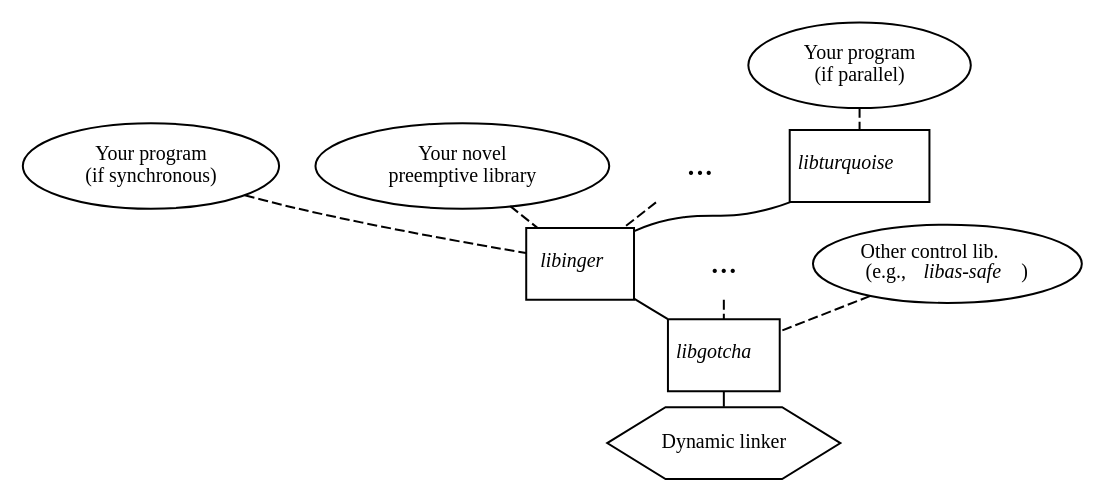
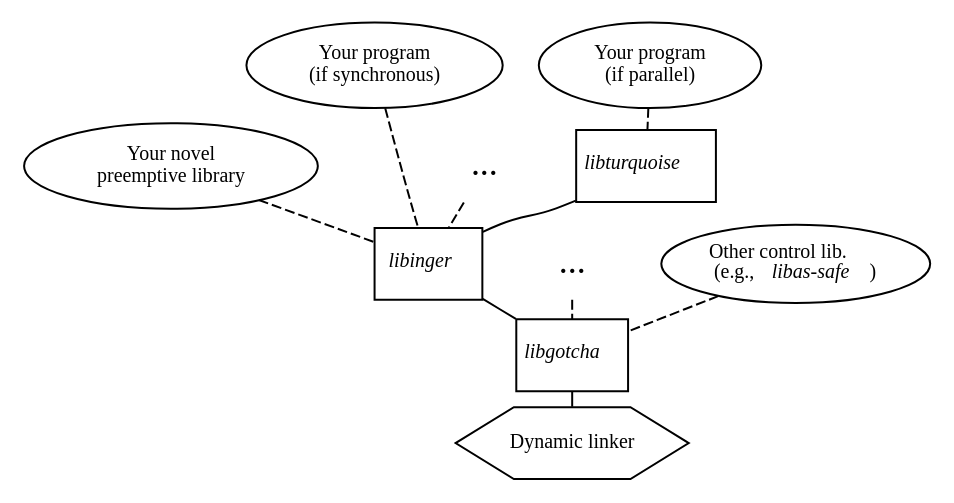
Before and after one commit to solb/thesis: the diagram in figs/architecture.dot, drawn with Graphviz.

Commit message:
figs/architecture.dot: Promote synchronous client to the highest rank

```diff
--- a/figs/architecture.dot
+++ b/figs/architecture.dot
@@ -1,52 +1,58 @@
 strict graph {
 	margin=0;
 	ranksep=0;
 
 	node [fontsize=10,margin=0.05];
 
 	{
 		node [shape=hexagon];
 
 		rtld [label="Dynamic linker"];
 	}
 
 	{
 		node [shape=box];
 
 		libgotcha [label=<<i>libgotcha</i>>];
 	}
 
 	{
 		libinger [shape=box,label=<<i>libinger</i>>];
 		elipsister [shape=none,label="...",fontsize=18];
 		libassafe [shape=oval,label=<Other control lib.<br/>(e.g., <i>libas-safe</i>)>];
 	}
 
 	{
-		serialclient [shape=oval,label="Your program\n(if synchronous)"];
 		clientlib [shape=oval,label="Your novel\npreemptive library"];
 		elipsis [shape=none,label="...",fontsize=18];
 		libturquoise [shape=box,label=<<i>libturquoise</i>>];
 	}
 
 	{
 		node [shape=oval];
 
+		serialclient [label="Your program\n(if synchronous)"];
 		parallelclient [label="Your program\n(if parallel)"];
 	}
 
 	libturquoise -- libinger;
 	libinger -- libgotcha;
 	libgotcha -- rtld;
 
 	{
 		edge [style=dashed];
 
 		serialclient -- libinger;
 		clientlib -- libinger;
 		elipsis -- libinger;
 		parallelclient -- libturquoise;
 		elipsister -- libgotcha;
 		libassafe -- libgotcha;
 	}
+
+	{
+		edge [style=invisible];
+
+		serialclient -- elipsis;
+	}
 }
```
